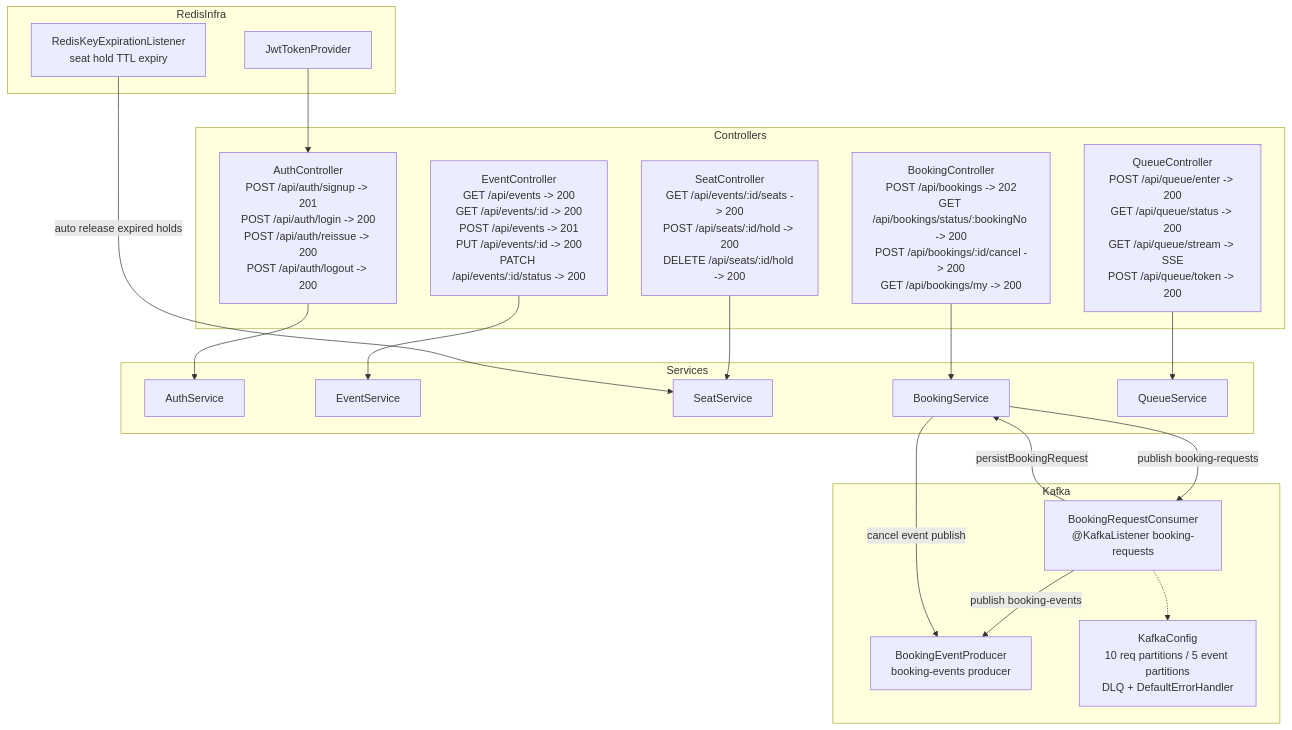
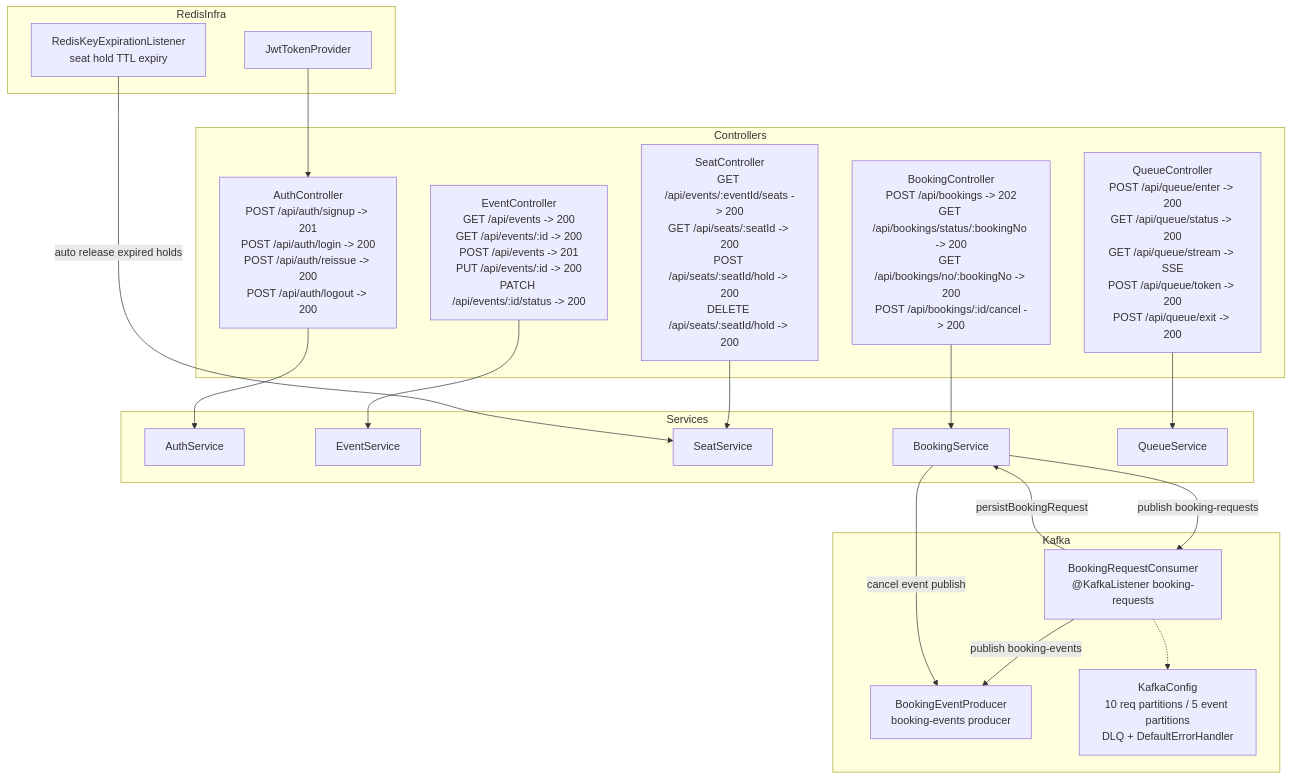
The third of 3 diagrams in docs/class-diagram.md (mercedes6115/ticketing-vibe), drawn with Mermaid before and after one commit. The commit also changed other lines of this file and 6 other files, not shown here.

````diff
--- a/docs/class-diagram.md
+++ b/docs/class-diagram.md
@@ -240,44 +244,44 @@
 ```mermaid
 flowchart TB
     subgraph Controllers
         AC["AuthController<br/>POST /api/auth/signup -> 201<br/>POST /api/auth/login -> 200<br/>POST /api/auth/reissue -> 200<br/>POST /api/auth/logout -> 200"]
         EC["EventController<br/>GET /api/events -> 200<br/>GET /api/events/:id -> 200<br/>POST /api/events -> 201<br/>PUT /api/events/:id -> 200<br/>PATCH /api/events/:id/status -> 200"]
-        SC["SeatController<br/>GET /api/events/:id/seats -> 200<br/>POST /api/seats/:id/hold -> 200<br/>DELETE /api/seats/:id/hold -> 200"]
-        BC["BookingController<br/>POST /api/bookings -> 202<br/>GET /api/bookings/status/:bookingNo -> 200<br/>POST /api/bookings/:id/cancel -> 200<br/>GET /api/bookings/my -> 200"]
-        QC["QueueController<br/>POST /api/queue/enter -> 200<br/>GET /api/queue/status -> 200<br/>GET /api/queue/stream -> SSE<br/>POST /api/queue/token -> 200"]
+        SC["SeatController<br/>GET /api/events/:eventId/seats -> 200<br/>GET /api/seats/:seatId -> 200<br/>POST /api/seats/:seatId/hold -> 200<br/>DELETE /api/seats/:seatId/hold -> 200"]
+        BC["BookingController<br/>POST /api/bookings -> 202<br/>GET /api/bookings/status/:bookingNo -> 200<br/>GET /api/bookings/no/:bookingNo -> 200<br/>POST /api/bookings/:id/cancel -> 200"]
+        QC["QueueController<br/>POST /api/queue/enter -> 200<br/>GET /api/queue/status -> 200<br/>GET /api/queue/stream -> SSE<br/>POST /api/queue/token -> 200<br/>POST /api/queue/exit -> 200"]
     end
 
     subgraph Services
         AS["AuthService"]
         ES["EventService"]
         SS["SeatService"]
         BS["BookingService"]
         QS["QueueService"]
     end
 
     subgraph Kafka
         BRC["BookingRequestConsumer<br/>@KafkaListener booking-requests"]
         BEP["BookingEventProducer<br/>booking-events producer"]
         KC["KafkaConfig<br/>10 req partitions / 5 event partitions<br/>DLQ + DefaultErrorHandler"]
     end
 
     subgraph RedisInfra
         RKL["RedisKeyExpirationListener<br/>seat hold TTL expiry"]
         JTP["JwtTokenProvider"]
     end
 
     AC --> AS
     EC --> ES
     SC --> SS
     BC --> BS
     QC --> QS
 
     BS -->|publish booking-requests| BRC
     BRC -->|persistBookingRequest| BS
     BRC -->|publish booking-events| BEP
     BS -->|cancel event publish| BEP
     BRC -.-> KC
 
     RKL -->|auto release expired holds| SS
     JTP --> AC
 ```
````
